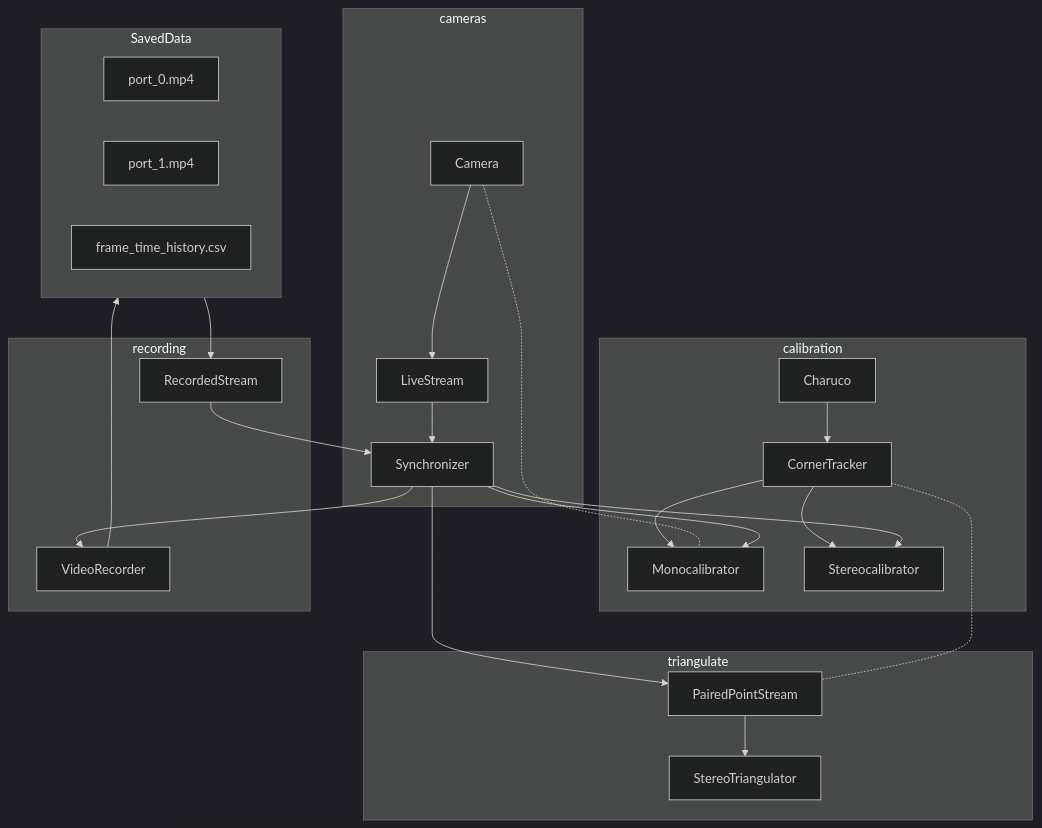
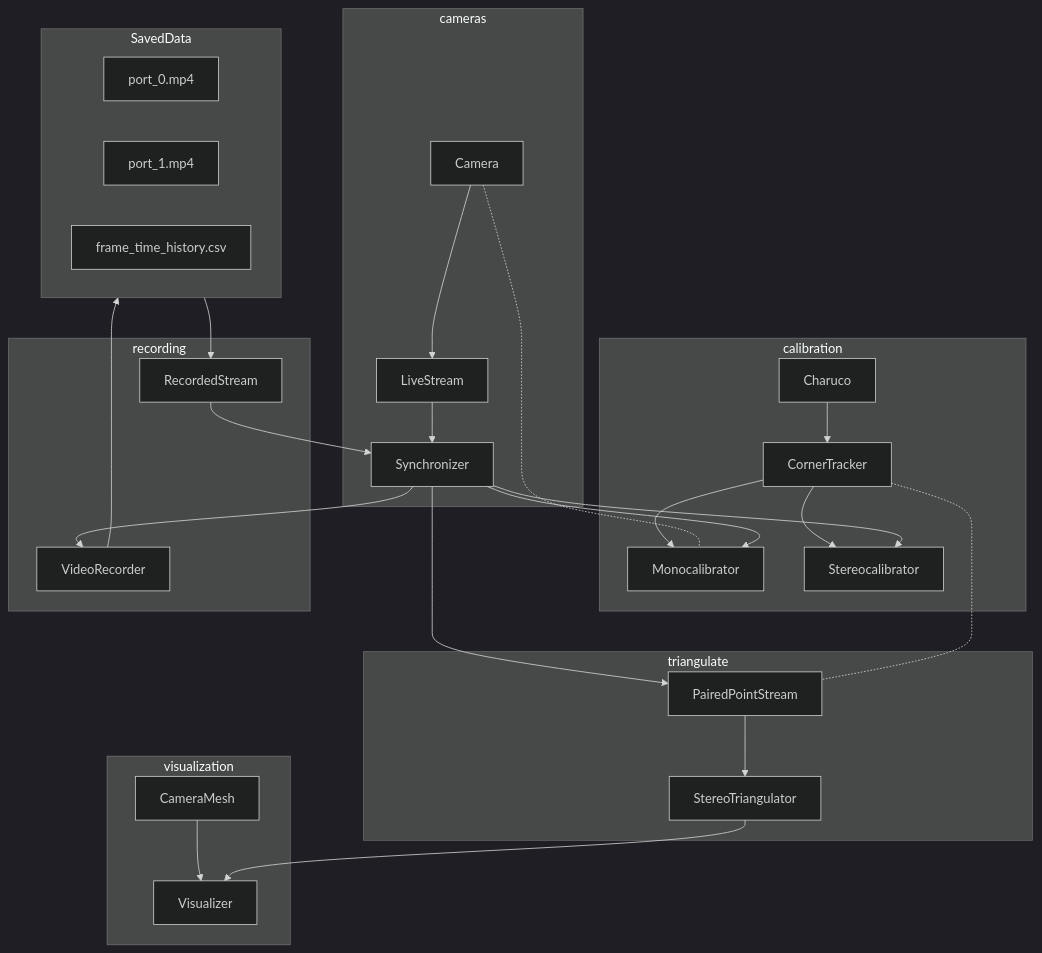
One commit to mprib/caliscope changed the diagram in README.md. Above: the diagram before and after it, drawn with Mermaid (dark theme).

Commit message:
clear clutter

````diff
--- a/README.md
+++ b/README.md
@@ -29,40 +29,44 @@
 ```mermaid
 graph 
 
 subgraph calibration
 Charuco --> CornerTracker
 CornerTracker --> Monocalibrator
 CornerTracker --> Stereocalibrator
 end
 
 subgraph cameras
 Camera -..- Monocalibrator
 Camera --> LiveStream
 LiveStream --> Synchronizer
 Synchronizer --> Monocalibrator
 Synchronizer --> Stereocalibrator
 end
 
 Synchronizer --> PairedPointStream 
 
 subgraph SavedData
 port_0.mp4
 port_1.mp4
 frame_time_history.csv
 end
 
 CornerTracker -..- PairedPointStream
 
 subgraph recording
 RecordedStream --> Synchronizer
 Synchronizer --> VideoRecorder
 end
 
 VideoRecorder --> SavedData
 SavedData --> RecordedStream
 
 subgraph triangulate
 PairedPointStream --> StereoTriangulator
 end
 
+subgraph visualization
+CameraMesh --> Visualizer
+StereoTriangulator --> Visualizer
+end
 ```
````
